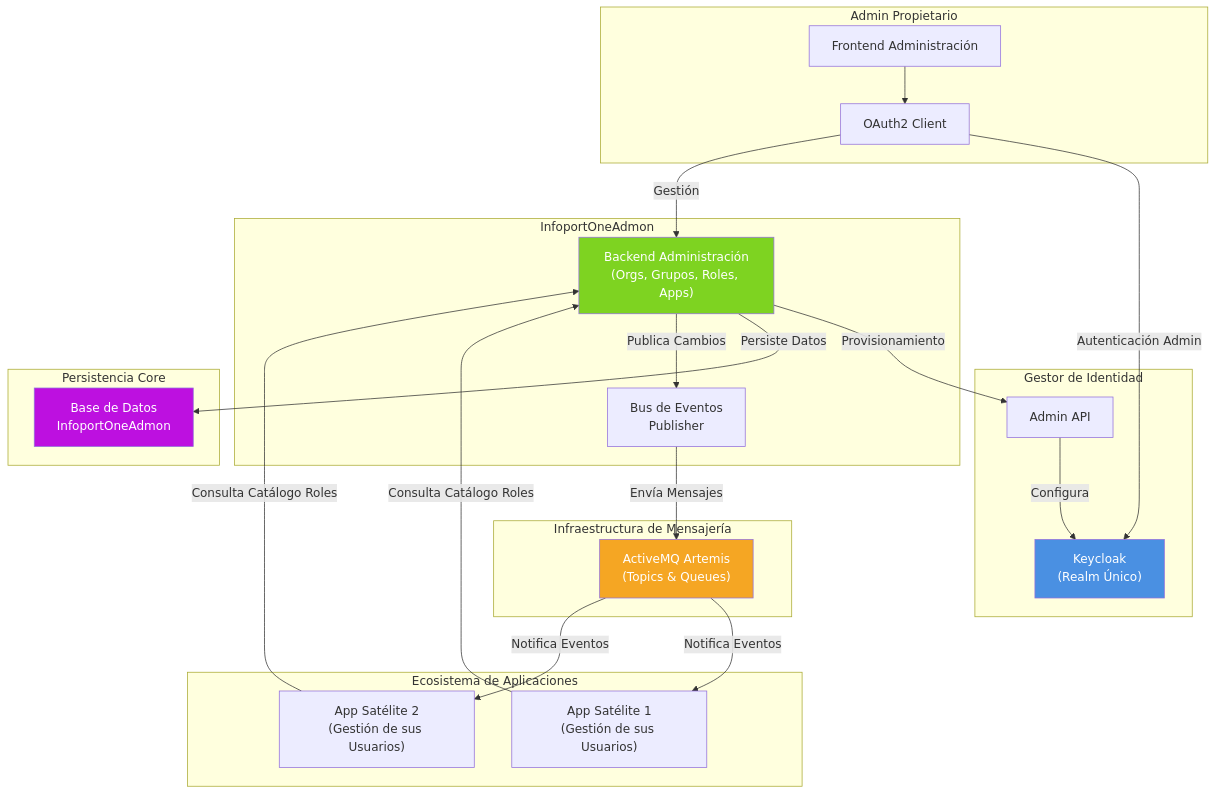
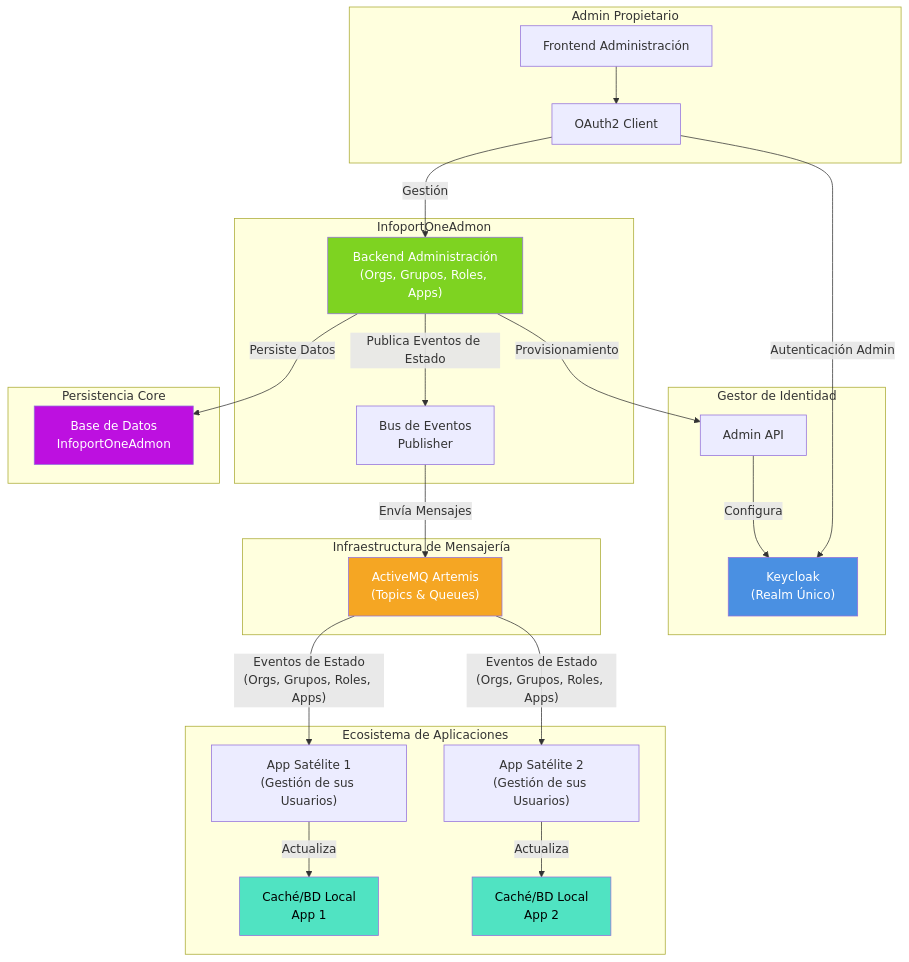
Before and after one commit to malbert-infoport/AI4Devs: the first of 7 diagrams in 01-Descripción general del Producto.md, drawn with Mermaid. The commit also changed other lines of this file, not shown here.

Commit message:
Se actualiza diagrama de arquitectura

````diff
--- a/01-Descripción general del Producto.md
+++ b/01-Descripción general del Producto.md
@@ -199,54 +199,62 @@
 ```mermaid
 graph TB
     subgraph Cliente_Admin[Admin Propietario]
         A1[Frontend Administración]
         A2[OAuth2 Client]
     end
     
     subgraph Gestor_Identidad[Gestor de Identidad]
         K1["Keycloak<br/>(Realm Único)"]
         K2["Admin API"]
     end
     
     subgraph InfoportOneAdmon[InfoportOneAdmon]
         S1["Backend Administración<br/>(Orgs, Grupos, Roles, Apps)"]
         S2["Bus de Eventos<br/>Publisher"]
     end
     
     subgraph Infra_Mensajeria[Infraestructura de Mensajería]
         E1["ActiveMQ Artemis<br/>(Topics & Queues)"]
     end
     
     subgraph PersistenciaCore[Persistencia Core]
         D1["Base de Datos<br/>InfoportOneAdmon"]
     end
     
     subgraph EcosistemaApps[Ecosistema de Aplicaciones]
         AP1["App Satélite 1<br/>(Gestión de sus Usuarios)"]
         AP2["App Satélite 2<br/>(Gestión de sus Usuarios)"]
+        C1["Caché/BD Local<br/>App 1"]
+        C2["Caché/BD Local<br/>App 2"]
     end
     
-    %% Relaciones
+    %% Relaciones Administrativas
     A1 --> A2
     A2 -- "Autenticación Admin" --> K1
     A2 -- "Gestión" --> S1
     
+    %% Orquestación con Keycloak
     S1 -- "Provisionamiento" --> K2
     K2 -- "Configura" --> K1
     
+    %% Persistencia y Eventos
     S1 -- "Persiste Datos" --> D1
-    S1 -- "Publica Cambios" --> S2
+    S1 -- "Publica Eventos de Estado" --> S2
     S2 -- "Envía Mensajes" --> E1
     
-    E1 -- "Notifica Eventos" --> AP1
-    E1 -- "Notifica Eventos" --> AP2
+    %% Consumo de Eventos por Apps (ÚNICA VÍA DE COMUNICACIÓN)
+    E1 -- "Eventos de Estado<br/>(Orgs, Grupos, Roles, Apps)" --> AP1
+    E1 -- "Eventos de Estado<br/>(Orgs, Grupos, Roles, Apps)" --> AP2
     
-    AP1 -- "Consulta Catálogo Roles" --> S1
-    AP2 -- "Consulta Catálogo Roles" --> S1
+    %% Apps mantienen caché local
+    AP1 -- "Actualiza" --> C1
+    AP2 -- "Actualiza" --> C2
     
     %% Estilos
     style K1 fill:#4A90E2,color:#fff
     style S1 fill:#7ED321,color:#fff
     style E1 fill:#F5A623,color:#fff
     style D1 fill:#BD10E0,color:#fff
+    style C1 fill:#50E3C2,color:#000
+    style C2 fill:#50E3C2,color:#000
 ```
````
